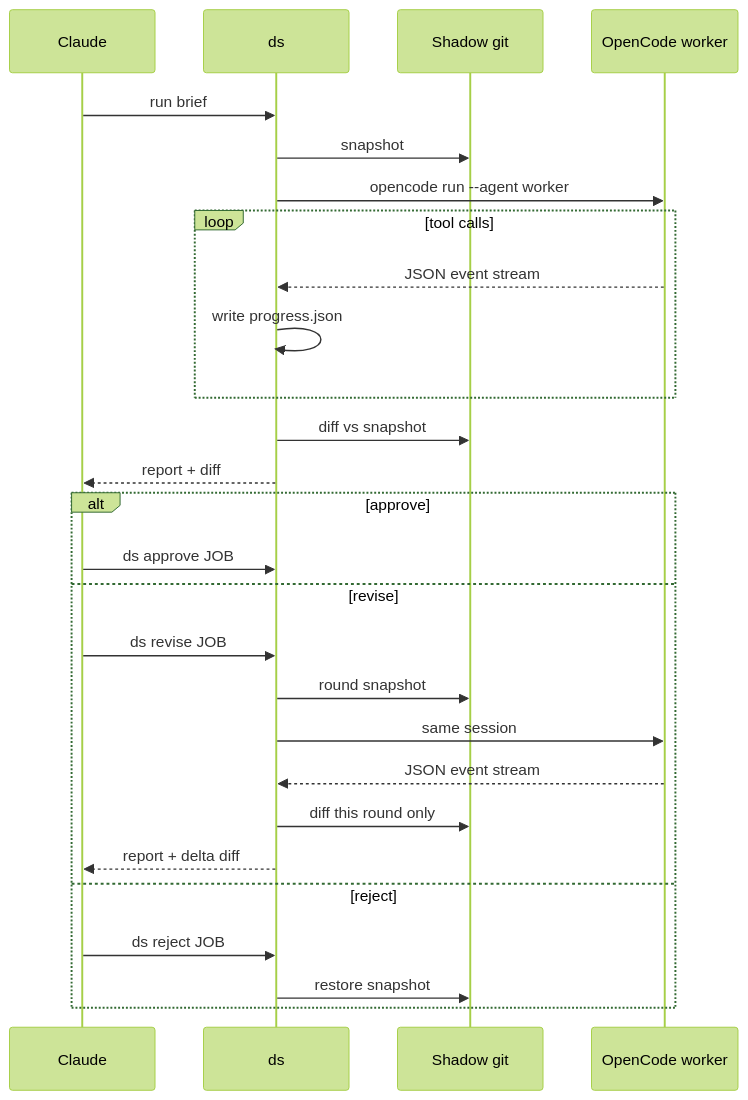
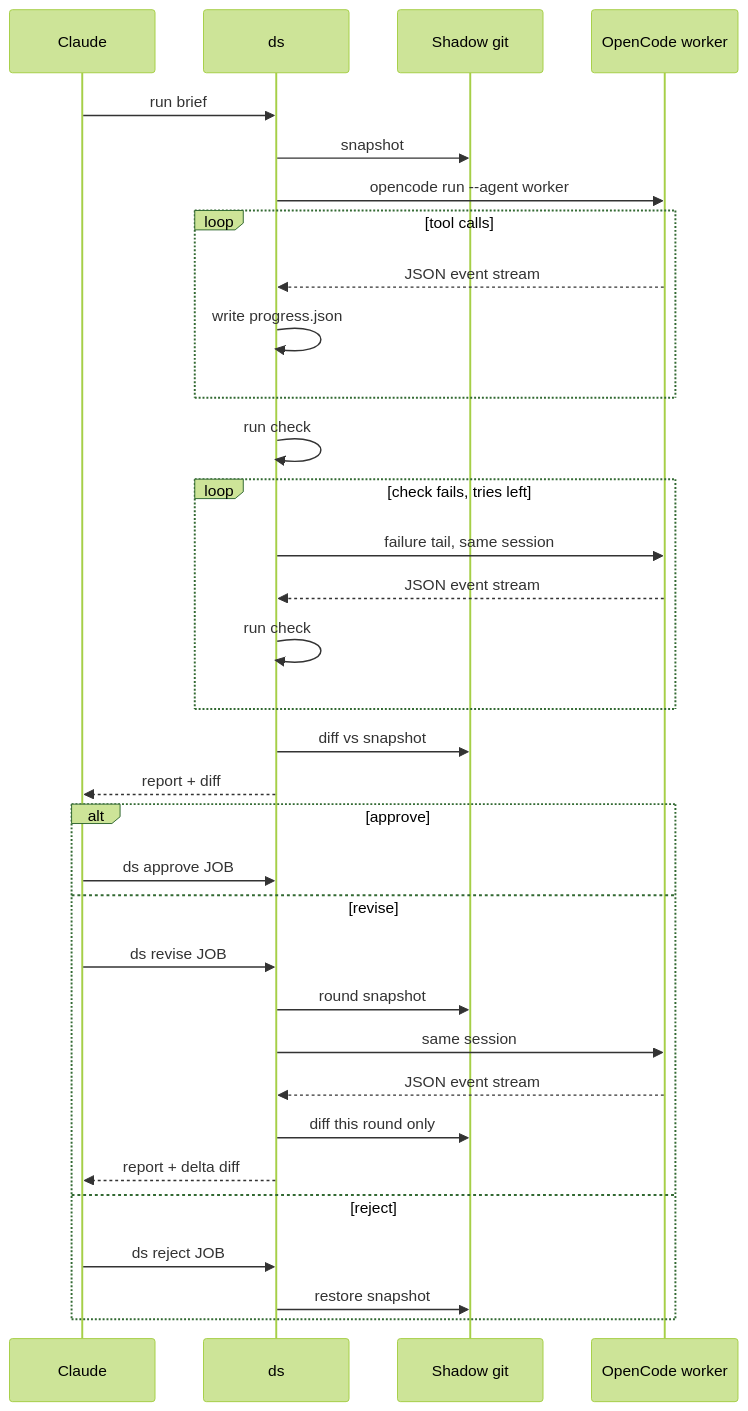
Before and after one commit to vladgabrielboca/ds-bridge: the second of 3 diagrams in README.md, drawn with Mermaid (forest theme). The commit also changed other lines of this file and 4 other files, not shown here.

````diff
--- a/README.md
+++ b/README.md
@@ -43,29 +43,35 @@
 ```mermaid
 sequenceDiagram
     participant C as Claude
     participant D as ds
     participant S as Shadow git
     participant O as OpenCode worker
     C->>D: run brief
     D->>S: snapshot
     D->>O: opencode run --agent worker
     loop tool calls
         O-->>D: JSON event stream
         D->>D: write progress.json
+    end
+    D->>D: run check
+    loop check fails, tries left
+        D->>O: failure tail, same session
+        O-->>D: JSON event stream
+        D->>D: run check
     end
     D->>S: diff vs snapshot
     D-->>C: report + diff
     alt approve
         C->>D: ds approve JOB
     else revise
         C->>D: ds revise JOB
         D->>S: round snapshot
         D->>O: same session
         O-->>D: JSON event stream
         D->>S: diff this round only
         D-->>C: report + delta diff
     else reject
         C->>D: ds reject JOB
         D->>S: restore snapshot
     end
 ```
````
